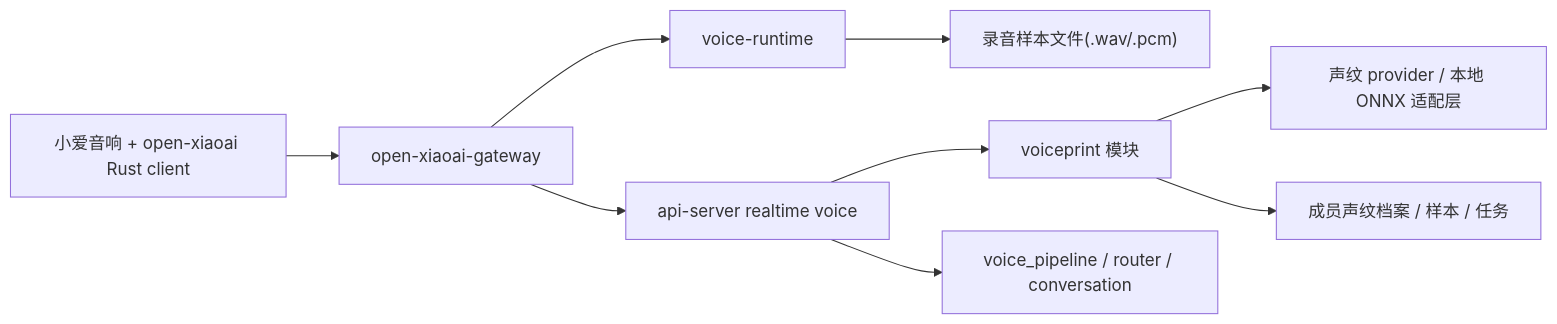
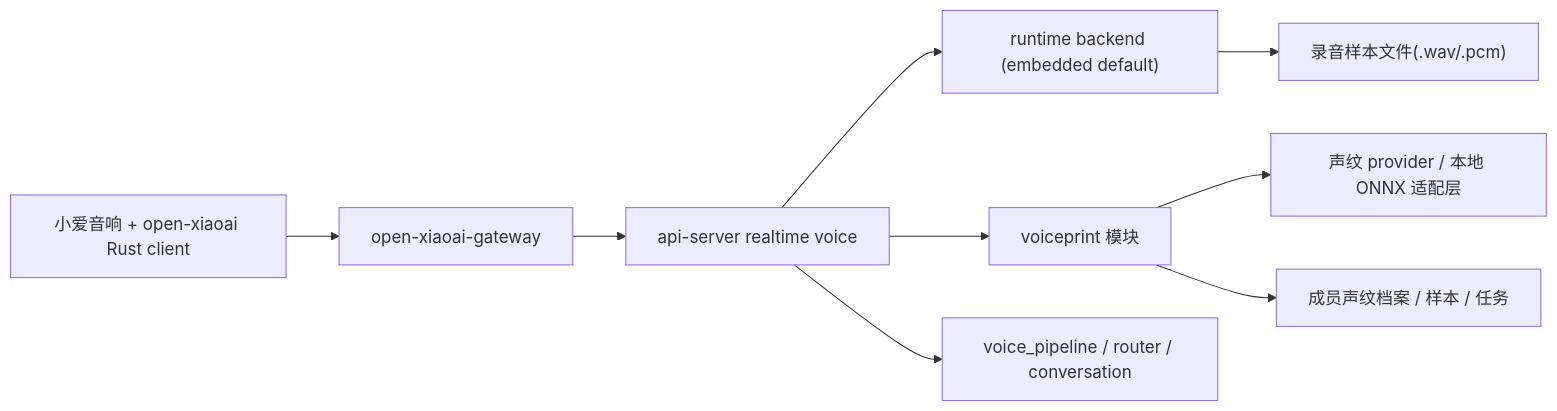
One commit to jingyi0605/FamilyClaw changed the diagram in specs/005.3-小爱声纹采集与身份识别/design.md. Above: the diagram before and after it, drawn with Mermaid. The commit also changed other lines of this file and 38 other files, not shown here.

````diff
--- a/specs/005.3-小爱声纹采集与身份识别/design.md
+++ b/specs/005.3-小爱声纹采集与身份识别/design.md
@@ -54,11 +56,11 @@
 ```mermaid
 flowchart LR
     Speaker["小爱音响 + open-xiaoai Rust client"] --> Gateway["open-xiaoai-gateway"]
-    Gateway --> Runtime["voice-runtime"]
     Gateway --> Api["api-server realtime voice"]
+    Api --> Runtime["runtime backend (embedded default)"]
     Runtime --> Artifact["录音样本文件(.wav/.pcm)"]
     Api --> Voiceprint["voiceprint 模块"]
     Voiceprint --> Provider["声纹 provider / 本地 ONNX 适配层"]
     Voiceprint --> MemberDB["成员声纹档案 / 样本 / 任务"]
     Api --> VoicePipeline["voice_pipeline / router / conversation"]
 ```
````
